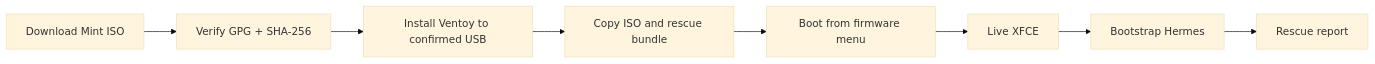
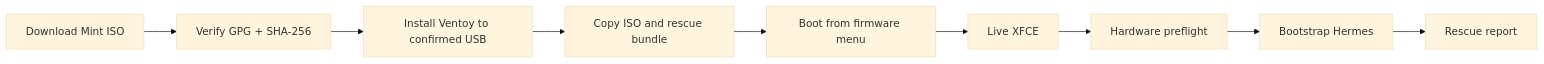
One commit to ahliweb/linux-mint-xfce-rescue-ai changed the ninth of 12 diagrams in docs/design.md. Above: the diagram before and after it, drawn with Mermaid (base theme). The commit also changed other lines of this file and 7 other files, not shown here.

````diff
--- a/docs/design.md
+++ b/docs/design.md
@@ -165,10 +194,11 @@
 ```mermaid
 flowchart LR
     D[Download Mint ISO] --> G[Verify GPG + SHA-256]
     G --> V[Install Ventoy to confirmed USB]
     V --> C[Copy ISO and rescue bundle]
     C --> B[Boot from firmware menu]
     B --> L[Live XFCE]
-    L --> H[Bootstrap Hermes]
+    L --> P[Hardware preflight]
+    P --> H[Bootstrap Hermes]
     H --> R[Rescue report]
 ```
````
